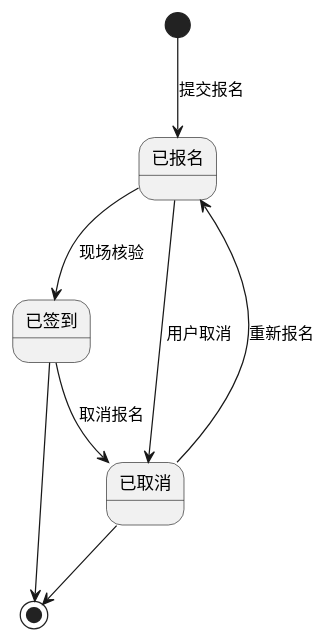
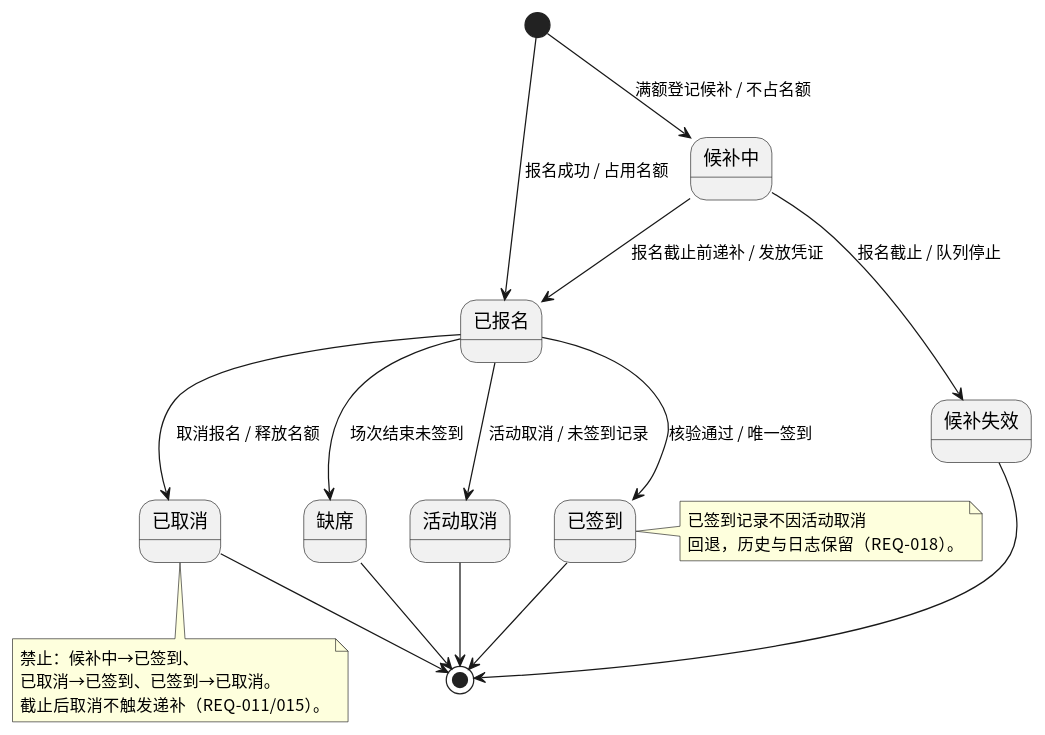
The diagram in UML/UML状态图.puml (kkksc114/Software_Engineering_Lab), drawn with PlantUML before and after one commit. The commit also changed 8 other files, not shown here.

Commit message:
design: add exception, state and concurrency flows

```diff
--- a/UML/UML状态图.puml
+++ b/UML/UML状态图.puml
@@ -1,11 +1,37 @@
 @startuml
 skinparam defaultFontName "Noto Sans CJK SC"
+skinparam stateFontSize 15
+skinparam shadowing false
 
-[*] --> 已报名 : 提交报名
-已报名 --> 已签到 : 现场核验
-已报名 --> 已取消 : 用户取消
-已取消 --> 已报名 : 重新报名
-已签到 --> 已取消 : 取消报名
-已签到 --> [*]
-已取消 --> [*]
+state "已报名" as Registered
+state "候补中" as Waitlisted
+state "已签到" as CheckedIn
+state "已取消" as Cancelled
+state "缺席" as Absent
+state "活动取消" as EventCancelled
+state "候补失效" as Expired
+
+[*] --> Registered : 报名成功 / 占用名额
+[*] --> Waitlisted : 满额登记候补 / 不占名额
+Waitlisted --> Registered : 报名截止前递补 / 发放凭证
+Waitlisted --> Expired : 报名截止 / 队列停止
+Registered --> CheckedIn : 核验通过 / 唯一签到
+Registered --> Cancelled : 取消报名 / 释放名额
+Registered --> Absent : 场次结束未签到
+Registered --> EventCancelled : 活动取消 / 未签到记录
+CheckedIn --> [*]
+Cancelled --> [*]
+Absent --> [*]
+Expired --> [*]
+EventCancelled --> [*]
+
+note right of CheckedIn
+  已签到记录不因活动取消
+  回退，历史与日志保留（REQ-018）。
+end note
+note bottom of Cancelled
+  禁止：候补中→已签到、
+  已取消→已签到、已签到→已取消。
+  截止后取消不触发递补（REQ-011/015）。
+end note
 @enduml
```
